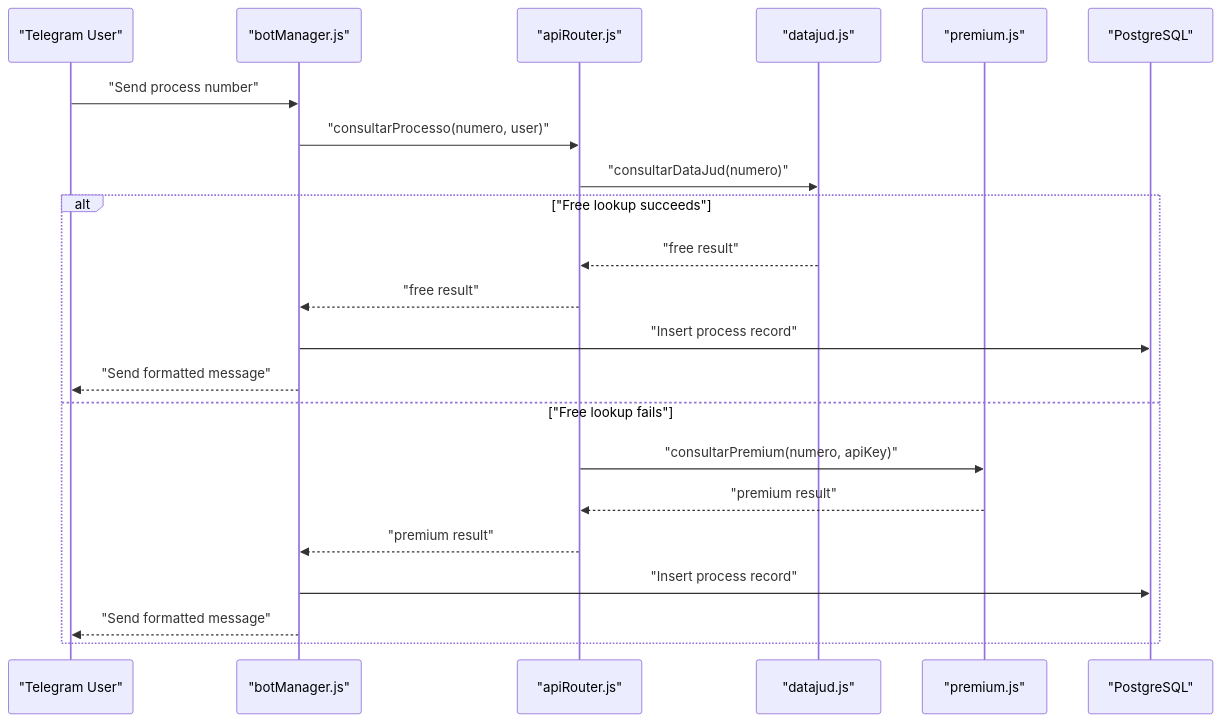
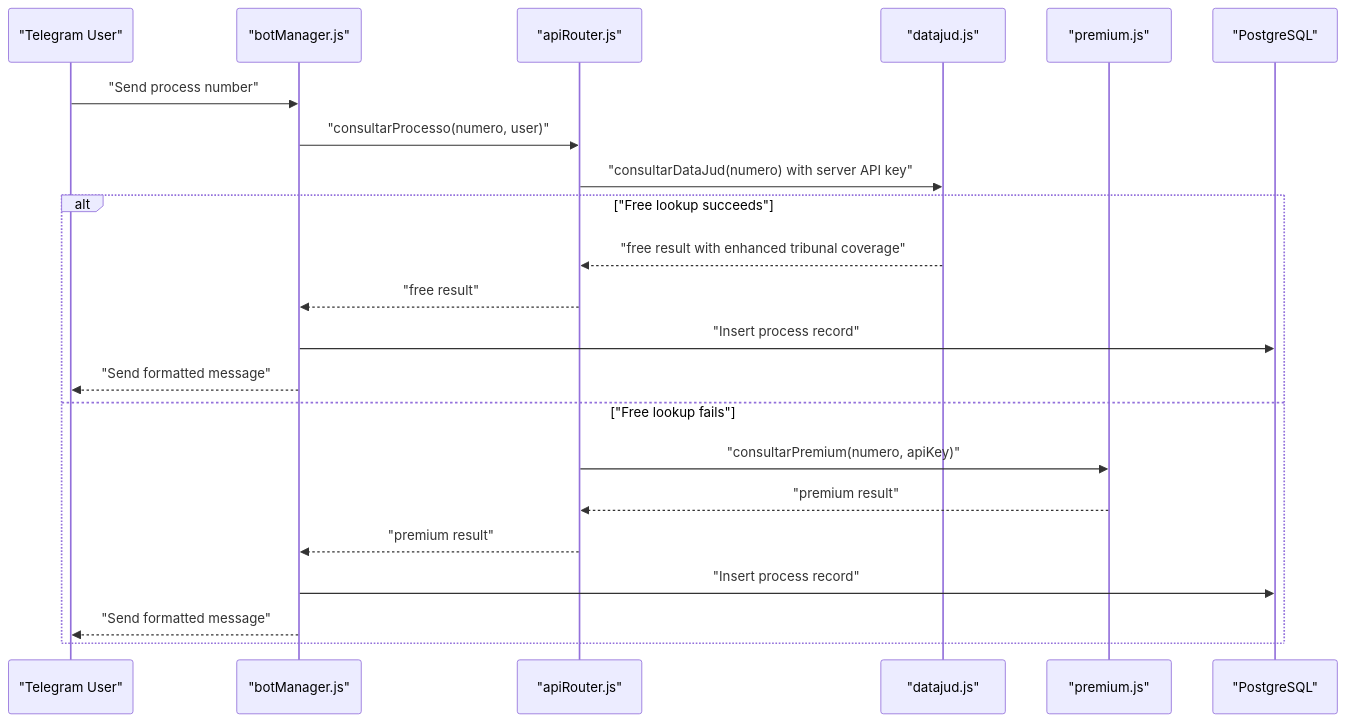
The second of 5 diagrams in .qoder/repowiki/en/content/API Integration Layer/DataJud Free Service Integration.md (Alexandrexicara/bot-processos), drawn with Mermaid before and after one commit. The commit also changed other lines of this file and 10 other files, not shown here.

````diff
--- a/.qoder/repowiki/en/content/API Integration Layer/DataJud Free Service Integration.md
+++ b/.qoder/repowiki/en/content/API Integration Layer/DataJud Free Service Integration.md
@@ -121,24 +145,24 @@
 ```mermaid
 sequenceDiagram
 participant U as "Telegram User"
 participant BM as "botManager.js"
 participant R as "apiRouter.js"
 participant D as "datajud.js"
 participant P as "premium.js"
 participant DB as "PostgreSQL"
 U->>BM : "Send process number"
 BM->>R : "consultarProcesso(numero, user)"
-R->>D : "consultarDataJud(numero)"
+R->>D : "consultarDataJud(numero) with server API key"
 alt "Free lookup succeeds"
-D-->>R : "free result"
+D-->>R : "free result with enhanced tribunal coverage"
 R-->>BM : "free result"
 BM->>DB : "Insert process record"
 BM-->>U : "Send formatted message"
 else "Free lookup fails"
 R->>P : "consultarPremium(numero, apiKey)"
 P-->>R : "premium result"
 R-->>BM : "premium result"
 BM->>DB : "Insert process record"
 BM-->>U : "Send formatted message"
 end
 ```
````
